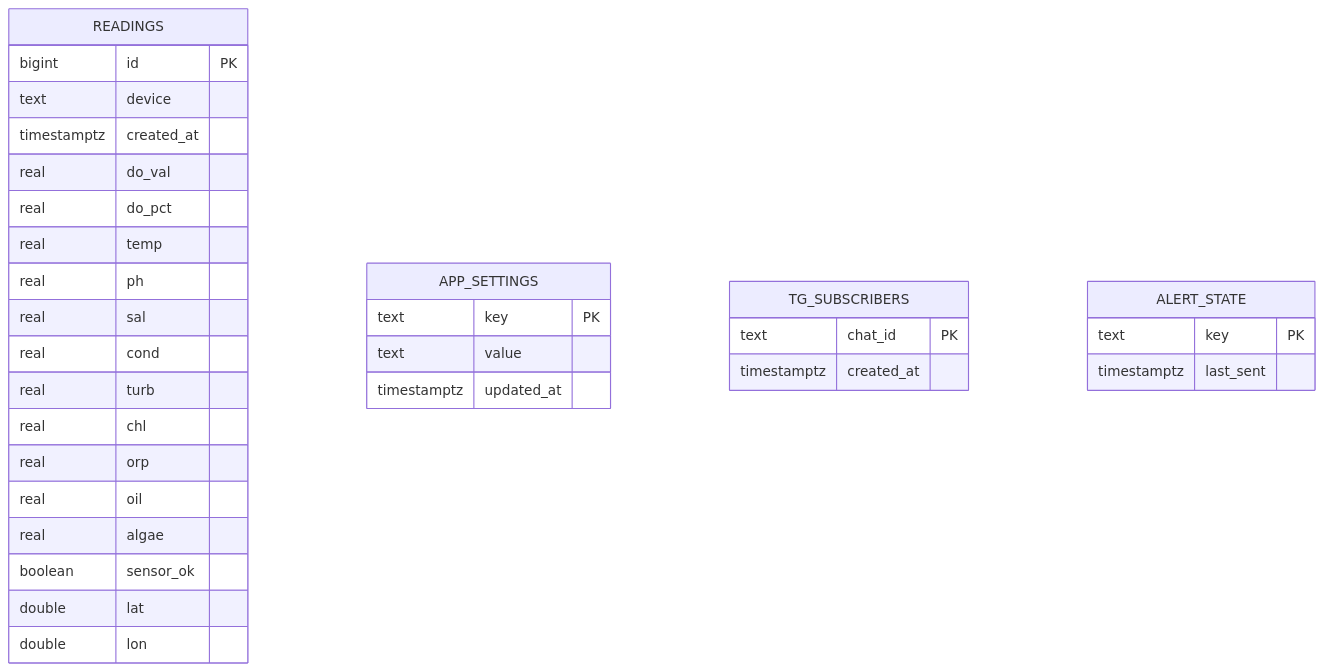
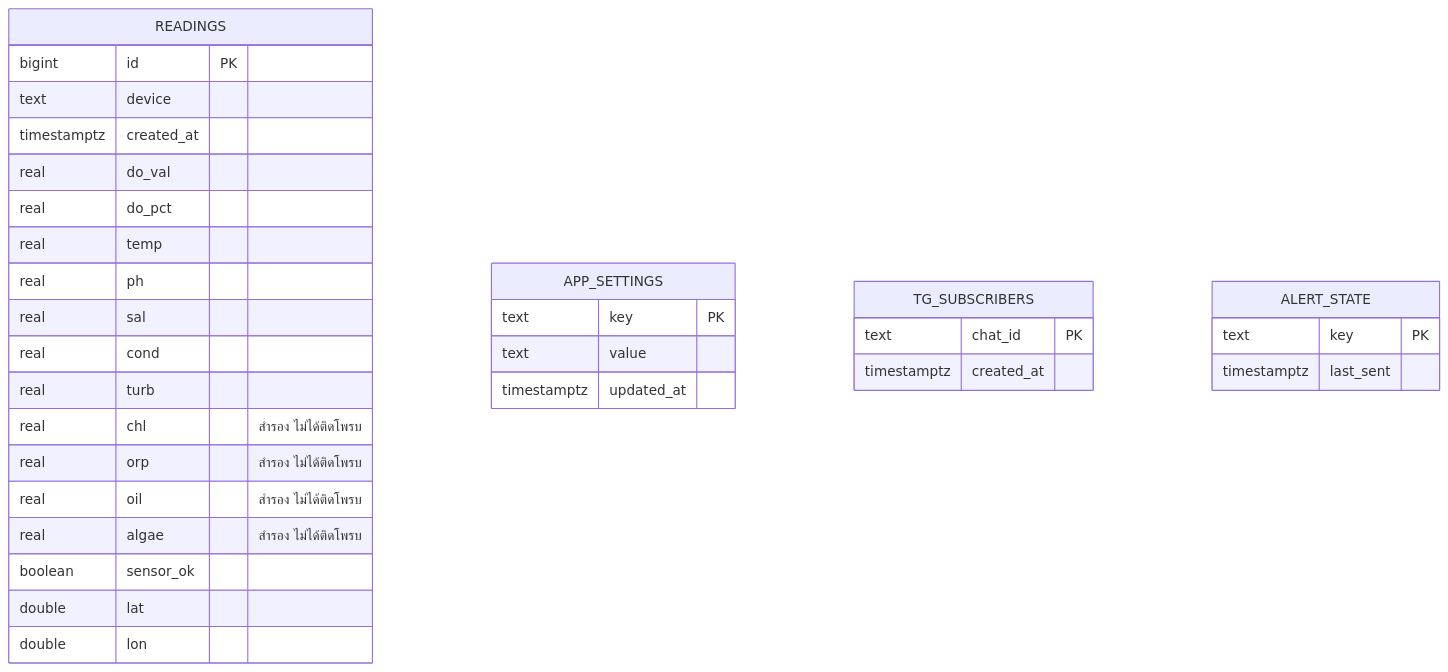
One commit to MERMAX04/Real-time-Marine-Water-Quality-Monitoring-Buoy-System changed the third of 10 diagrams in 5-extensions/07-thesis-chapters.md. Above: the diagram before and after it, drawn with Mermaid. The commit also changed other lines of this file and 11 other files, not shown here.

````diff
--- a/5-extensions/07-thesis-chapters.md
+++ b/5-extensions/07-thesis-chapters.md
@@ -52,35 +52,35 @@
 ```mermaid
 erDiagram
   READINGS {
     bigint id PK
     text device
     timestamptz created_at
     real do_val
     real do_pct
     real temp
     real ph
     real sal
     real cond
     real turb
-    real chl
-    real orp
-    real oil
-    real algae
+    real chl "สำรอง ไม่ได้ติดโพรบ"
+    real orp "สำรอง ไม่ได้ติดโพรบ"
+    real oil "สำรอง ไม่ได้ติดโพรบ"
+    real algae "สำรอง ไม่ได้ติดโพรบ"
     boolean sensor_ok
     double lat
     double lon
   }
   APP_SETTINGS {
     text key PK
     text value
     timestamptz updated_at
   }
   TG_SUBSCRIBERS {
     text chat_id PK
     timestamptz created_at
   }
   ALERT_STATE {
     text key PK
     timestamptz last_sent
   }
 ```
````
